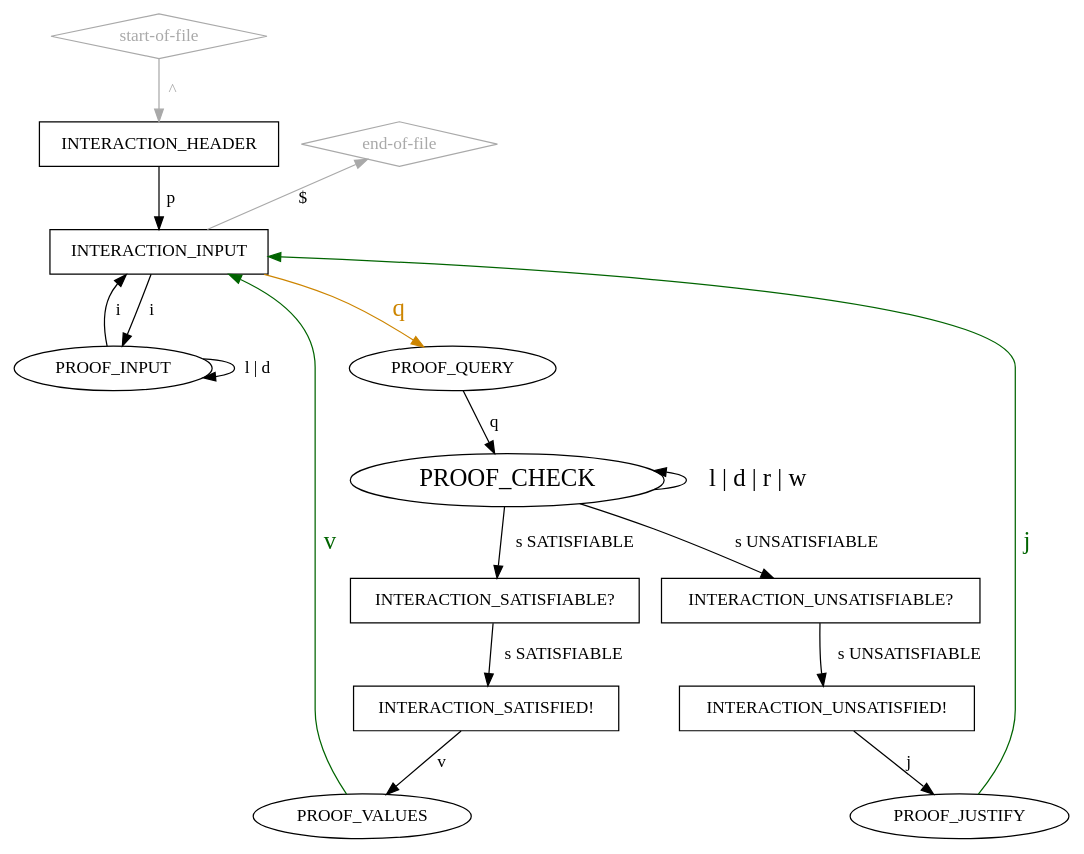
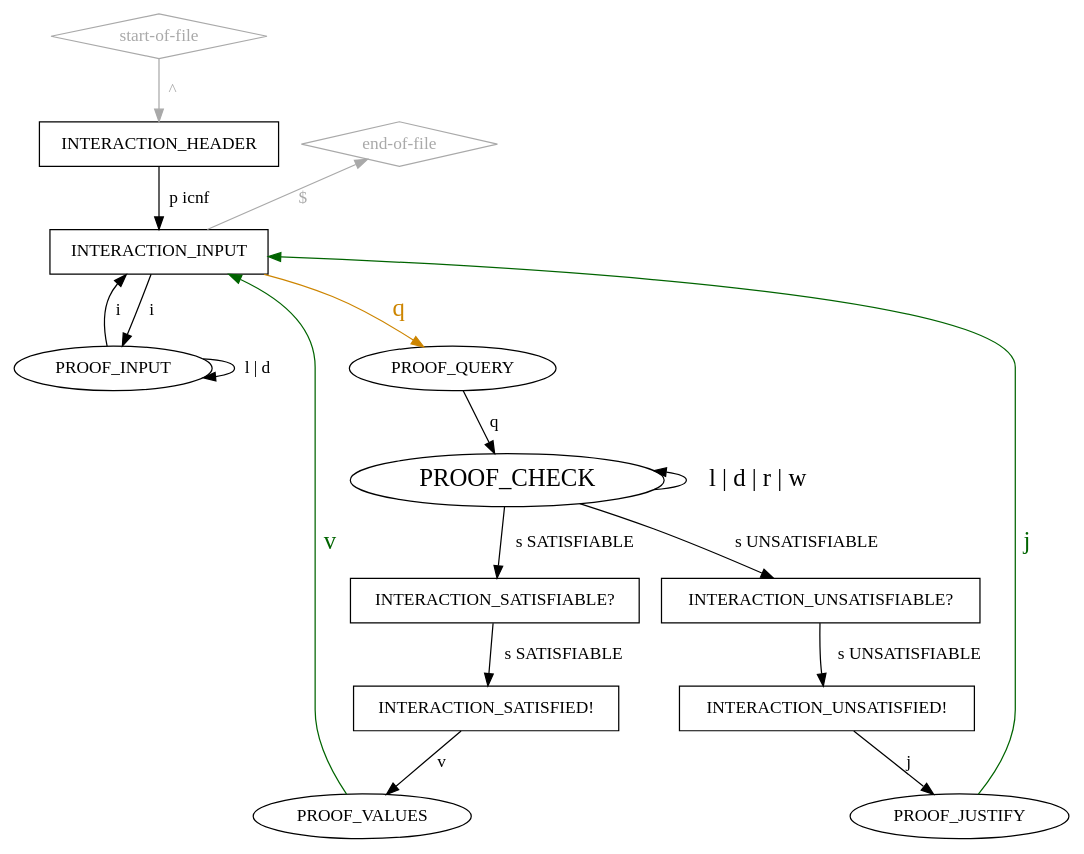
The diagram in idrup-check-pedantic-clear.dot (arminbiere/lidrup-check), drawn with Graphviz before and after one commit. The commit also changed 20 other files, not shown here.

```diff
--- a/idrup-check-pedantic-clear.dot
+++ b/idrup-check-pedantic-clear.dot
@@ -1,43 +1,43 @@
 digraph "idrup-check" {
 
   "start-of-file" [shape=diamond,color=darkgray,fontcolor=darkgray];
   "start-of-file" -> INTERACTION_HEADER [label=" ^ ",weight=2,color=darkgray,fontcolor=darkgray];
 
   "end-of-file" [shape=diamond,color=darkgray,fontcolor=darkgray];
 
   // INTERACTION_HEADER -> "end-of-file";
   // INTERACTION_INPUT -> "end-of-file";
-   "end-of-file" -> INTERACTION_INPUT [label="$    ",dir=back,color=darkgray];
+   "end-of-file" -> INTERACTION_INPUT [label="$    ",dir=back,fontcolor=darkgray,color=darkgray];
 
   INTERACTION_HEADER [shape=box];
-  INTERACTION_HEADER -> INTERACTION_INPUT [label=" p ",weight=2];
+  INTERACTION_HEADER -> INTERACTION_INPUT [label=" p icnf ",weight=2];
 
   INTERACTION_INPUT [shape=box];
   INTERACTION_INPUT -> PROOF_INPUT [label=" i ",weight=2];
   INTERACTION_INPUT -> PROOF_QUERY [label=" q ",weight=2,color=orange3,fontsize=20,fontcolor=orange3];
 
   PROOF_INPUT -> INTERACTION_INPUT [label=" i ",weight=3];
   PROOF_INPUT -> PROOF_INPUT [label=" l | d "];
 
   PROOF_QUERY -> PROOF_CHECK [label=" q "];
 
   PROOF_CHECK [fontsize=20];
   PROOF_CHECK -> PROOF_CHECK [label=" l | d | r | w ",dir=back,fontsize=20];
   PROOF_CHECK -> INTERACTION_SATISFIABLE [label=" s SATISFIABLE "];
   PROOF_CHECK -> INTERACTION_UNSATISFIABLE [label=" s UNSATISFIABLE "];
 
   INTERACTION_UNSATISFIABLE [shape="box",label="INTERACTION_UNSATISFIABLE?"];
   INTERACTION_UNSATISFIABLE -> INTERACTION_UNSATISFIED [label=" s UNSATISFIABLE "];
 
   INTERACTION_SATISFIABLE [shape="box",label="INTERACTION_SATISFIABLE?"];
   INTERACTION_SATISFIABLE -> INTERACTION_SATISFIED [label=" s SATISFIABLE "];
 
   INTERACTION_SATISFIED [shape=box,label="INTERACTION_SATISFIED!"];
   INTERACTION_SATISFIED -> PROOF_VALUES [label=" v "];
 
   INTERACTION_UNSATISFIED [shape=box,label="INTERACTION_UNSATISFIED!"];
   INTERACTION_UNSATISFIED -> PROOF_JUSTIFY [label=" j "];
 
   PROOF_VALUES -> INTERACTION_INPUT [label=" v ",color=darkgreen,fontsize=20,fontcolor=darkgreen];
   PROOF_JUSTIFY -> INTERACTION_INPUT [label=" j ",color=darkgreen,fontsize=20,fontcolor=darkgreen];
 }
```
